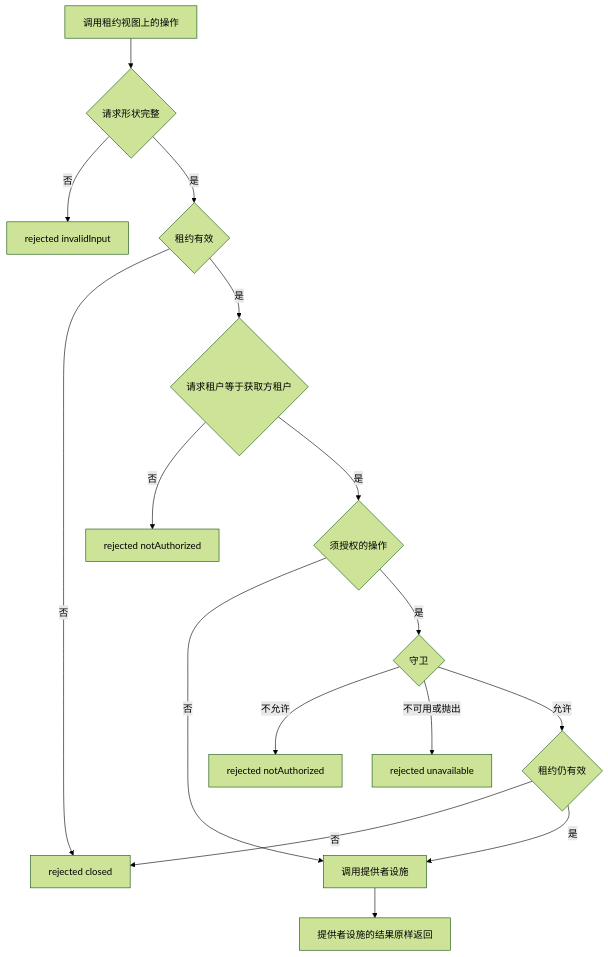
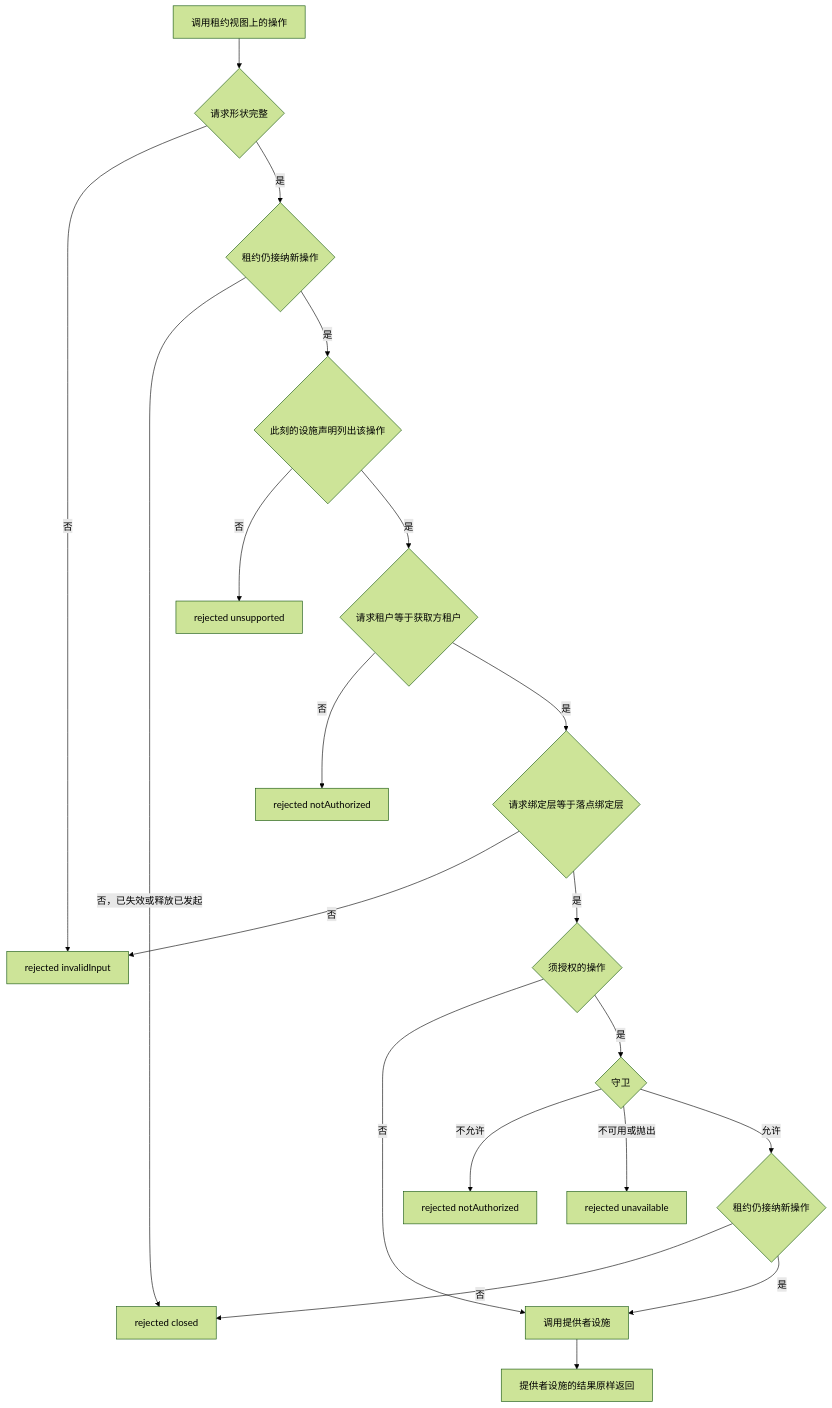
One commit to nemori-ai/omne-harness-lite changed the second of 5 diagrams in packages/execution/execution-environment/docs/flows.md. Above: the diagram before and after it, drawn with Mermaid (forest theme). The commit also changed other lines of this file and 63 other files, not shown here.

````diff
--- a/packages/execution/execution-environment/docs/flows.md
+++ b/packages/execution/execution-environment/docs/flows.md
@@ -57,18 +58,22 @@
 ```mermaid
 flowchart TD
   A[调用租约视图上的操作] --> B{请求形状完整}
   B -->|否| X1[rejected invalidInput]
-  B -->|是| C{租约有效}
-  C -->|否| X2[rejected closed]
-  C -->|是| D{请求租户等于获取方租户}
+  B -->|是| C{租约仍接纳新操作}
+  C -->|否，已失效或释放已发起| X2[rejected closed]
+  C -->|是| U{此刻的设施声明列出该操作}
+  U -->|否| X6[rejected unsupported]
+  U -->|是| D{请求租户等于获取方租户}
   D -->|否| X3[rejected notAuthorized]
-  D -->|是| E{须授权的操作}
+  D -->|是| K{请求绑定层等于落点绑定层}
+  K -->|否| X1
+  K -->|是| E{须授权的操作}
   E -->|否| G[调用提供者设施]
   E -->|是| F{守卫}
   F -->|不允许| X4[rejected notAuthorized]
   F -->|不可用或抛出| X5[rejected unavailable]
-  F -->|允许| H{租约仍有效}
+  F -->|允许| H{租约仍接纳新操作}
   H -->|否| X2
   H -->|是| G
   G --> R[提供者设施的结果原样返回]
 ```
````
